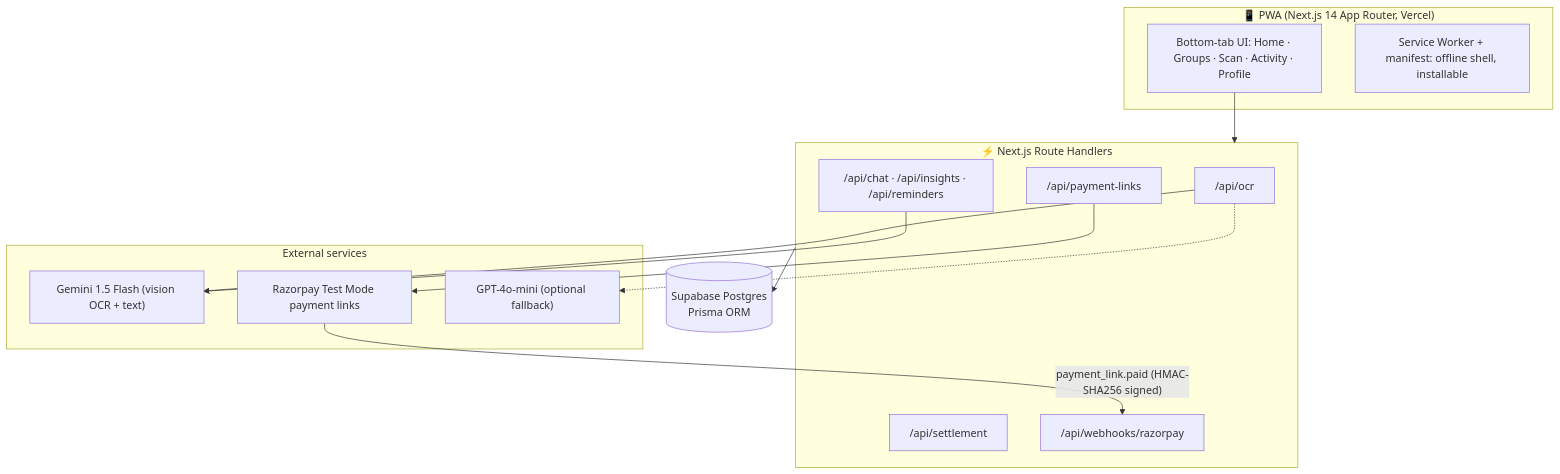
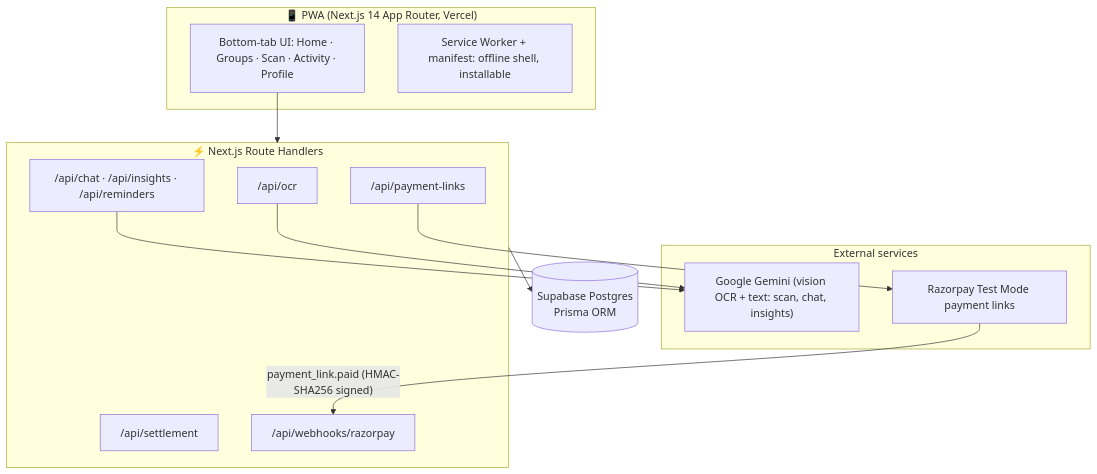
One commit to Bharath-hax/Smart-split-AI changed the diagram in README.md. Above: the diagram before and after it, drawn with Mermaid. The commit also changed other lines of this file and 26 other files, not shown here.

````diff
--- a/README.md
+++ b/README.md
@@ -35,31 +35,29 @@
 ```mermaid
 graph TB
     subgraph Phone["📱 PWA (Next.js 14 App Router, Vercel)"]
         UI["Bottom-tab UI: Home · Groups · Scan · Activity · Profile"]
         SW["Service Worker + manifest: offline shell, installable"]
     end
 
     subgraph API["⚡ Next.js Route Handlers"]
         OCR["/api/ocr"]
         SETTLE["/api/settlement"]
         LINKS["/api/payment-links"]
         WEBHOOK["/api/webhooks/razorpay"]
         CHAT["/api/chat · /api/insights · /api/reminders"]
     end
 
     subgraph Ext["External services"]
-        GEM["Gemini 1.5 Flash (vision OCR + text)"]
+        GEM["Google Gemini (vision OCR + text: scan, chat, insights)"]
         RZP["Razorpay Test Mode payment links"]
-        GPT["GPT-4o-mini (optional fallback)"]
     end
 
     DB[("Supabase Postgres<br/>Prisma ORM")]
 
     UI --> API
     OCR --> GEM
-    OCR -.-> GPT
     CHAT --> GEM
     LINKS --> RZP
     RZP -- "payment_link.paid (HMAC-SHA256 signed)" --> WEBHOOK
     API --> DB
 ```
````
